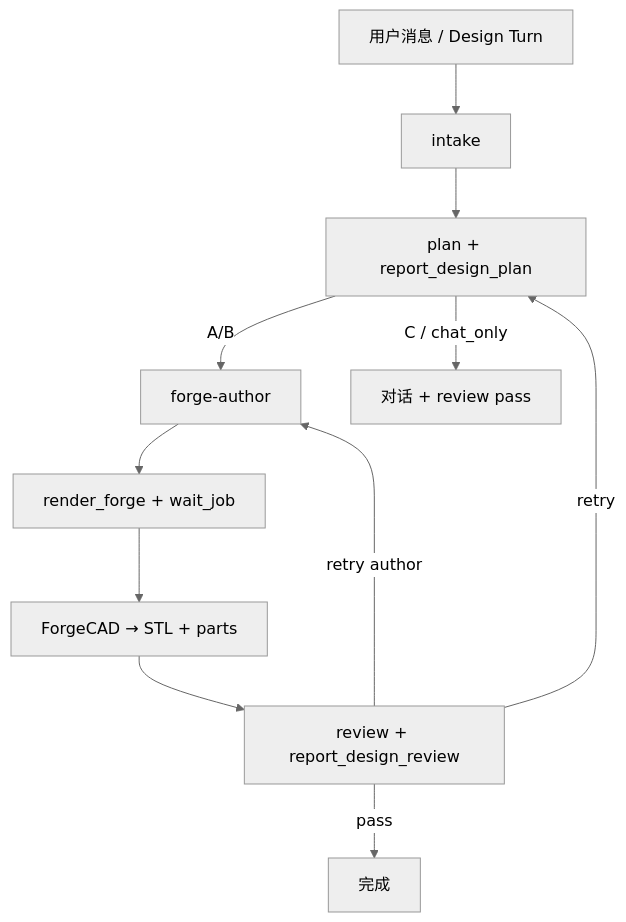
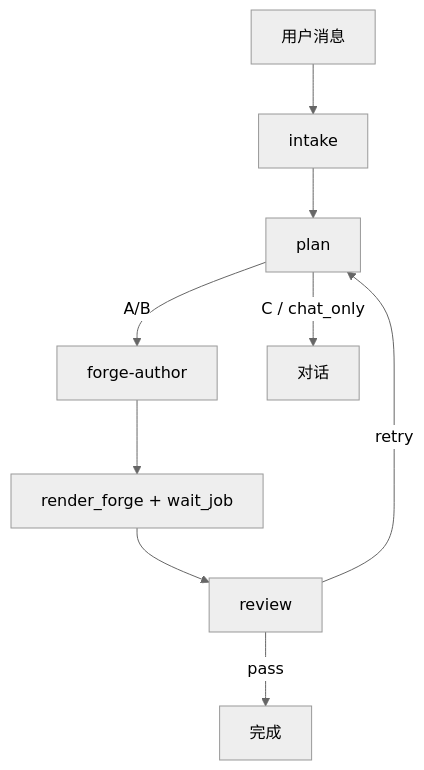
Before and after one commit to manwjh/Notion3D: the diagram in docs/design-pipeline.md, drawn with Mermaid (neutral theme). The commit also changed other lines of this file and 55 other files, not shown here.

````diff
--- a/docs/design-pipeline.md
+++ b/docs/design-pipeline.md
@@ -7,13 +7,11 @@
 ```mermaid
 flowchart TD
-  U[用户消息 / Design Turn] --> I[intake]
-  I --> P[plan + report_design_plan]
+  U[用户消息] --> I[intake]
+  I --> P[plan]
   P -->|A/B| A[forge-author]
-  P -->|C / chat_only| Chat[对话 + review pass]
+  P -->|C / chat_only| Chat[对话]
   A --> R[render_forge + wait_job]
-  R --> E[ForgeCAD → STL + parts]
-  E --> V[review + report_design_review]
+  R --> V[review]
   V -->|pass| Done[完成]
   V -->|retry| P
-  V -->|retry author| A
 ```
````
